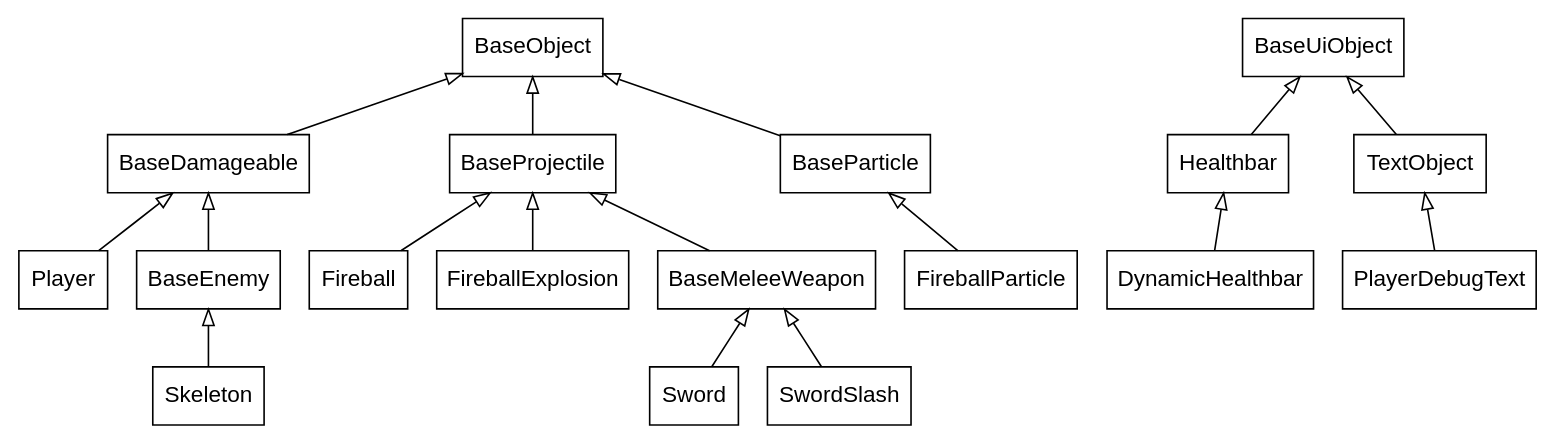
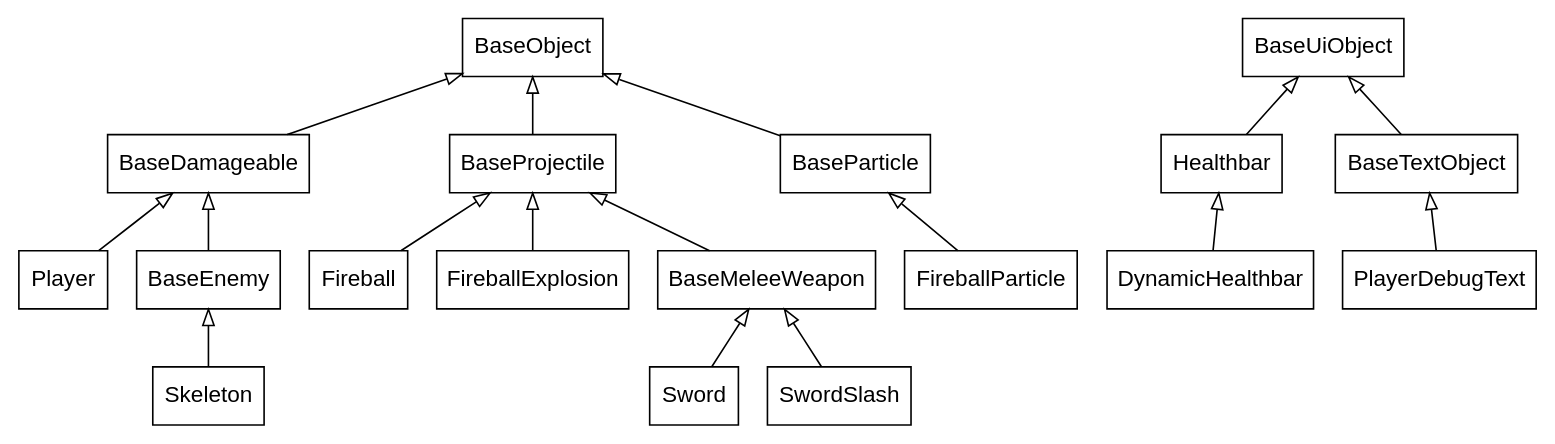
The diagram in inheritance.gv (lachfoy/2dgameABANDONED), drawn with Graphviz before and after one commit. The commit also changed 13 other files, not shown here.

```diff
--- a/inheritance.gv
+++ b/inheritance.gv
@@ -1,17 +1,17 @@
 digraph inheritance {
     node [shape=box fontname="Helvetica,Arial,sans-serif"]
     edge [dir=back arrowtail=empty]
 
     BaseObject->{BaseDamageable, BaseProjectile, BaseParticle}
     BaseDamageable->{Player, BaseEnemy}
     BaseProjectile->{Fireball, FireballExplosion, BaseMeleeWeapon}
     BaseParticle->FireballParticle
     BaseMeleeWeapon->{Sword, SwordSlash}
     BaseEnemy->Skeleton
 
-    BaseUiObject->{Healthbar, TextObject}
+    BaseUiObject->{Healthbar, BaseTextObject}
     Healthbar->DynamicHealthbar
-    TextObject->PlayerDebugText
+    BaseTextObject->PlayerDebugText
 }
 
 // use `dot -Tpng -O inheritance.gv` to generate a .png
```
